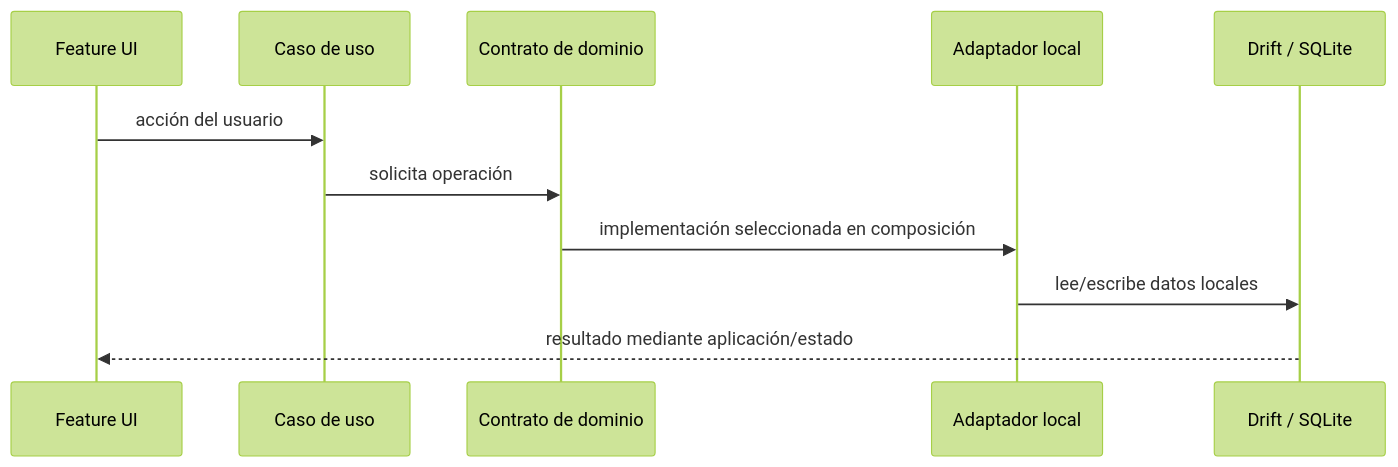
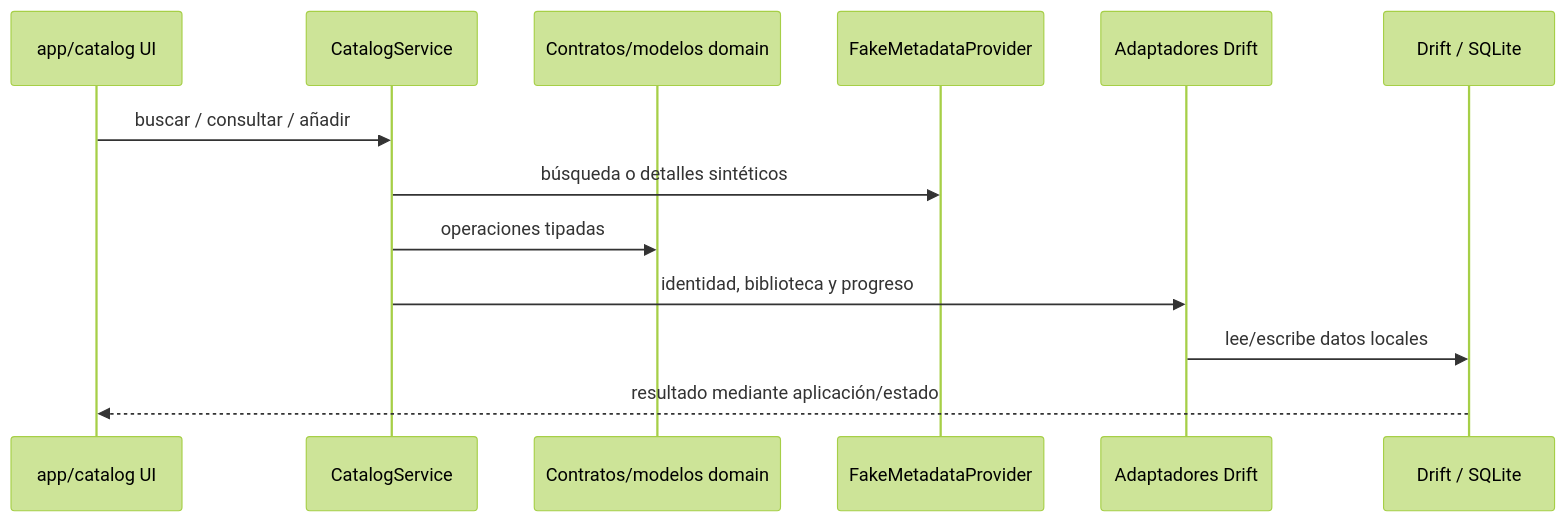
The fourth of 5 diagrams in ARCHITECTURE.md (kurogamishuen15/AnimeApp-Dev), drawn with Mermaid (forest theme) before and after one commit. The commit also changed other lines of this file and 291 other files, not shown here.

````diff
--- a/ARCHITECTURE.md
+++ b/ARCHITECTURE.md
@@ -91,13 +94,15 @@
 ```mermaid
 sequenceDiagram
-  participant UI as Feature UI
-  participant UC as Caso de uso
-  participant Port as Contrato de dominio
-  participant Repo as Adaptador local
+  participant UI as app/catalog UI
+  participant UC as CatalogService
+  participant Port as Contratos/modelos domain
+  participant Fake as FakeMetadataProvider
+  participant Repo as Adaptadores Drift
   participant DB as Drift / SQLite
-  UI->>UC: acción del usuario
-  UC->>Port: solicita operación
-  Port->>Repo: implementación seleccionada en composición
+  UI->>UC: buscar / consultar / añadir
+  UC->>Fake: búsqueda o detalles sintéticos
+  UC->>Port: operaciones tipadas
+  UC->>Repo: identidad, biblioteca y progreso
   Repo->>DB: lee/escribe datos locales
   DB-->>UI: resultado mediante aplicación/estado
 ```
````
